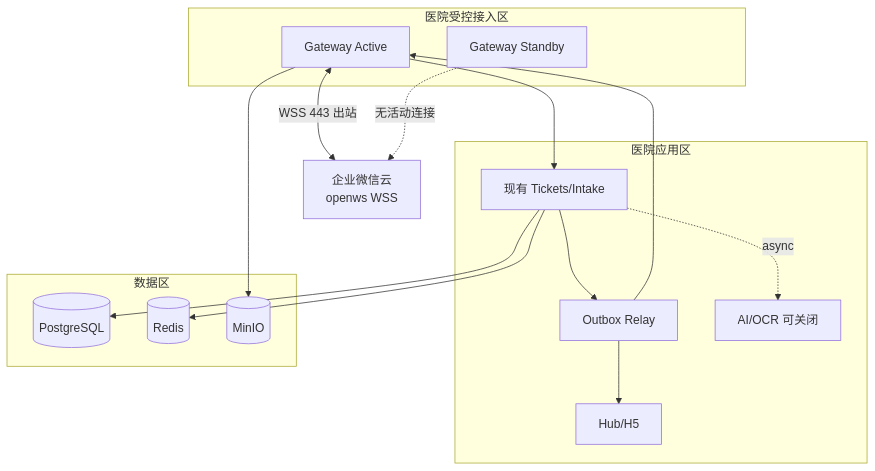
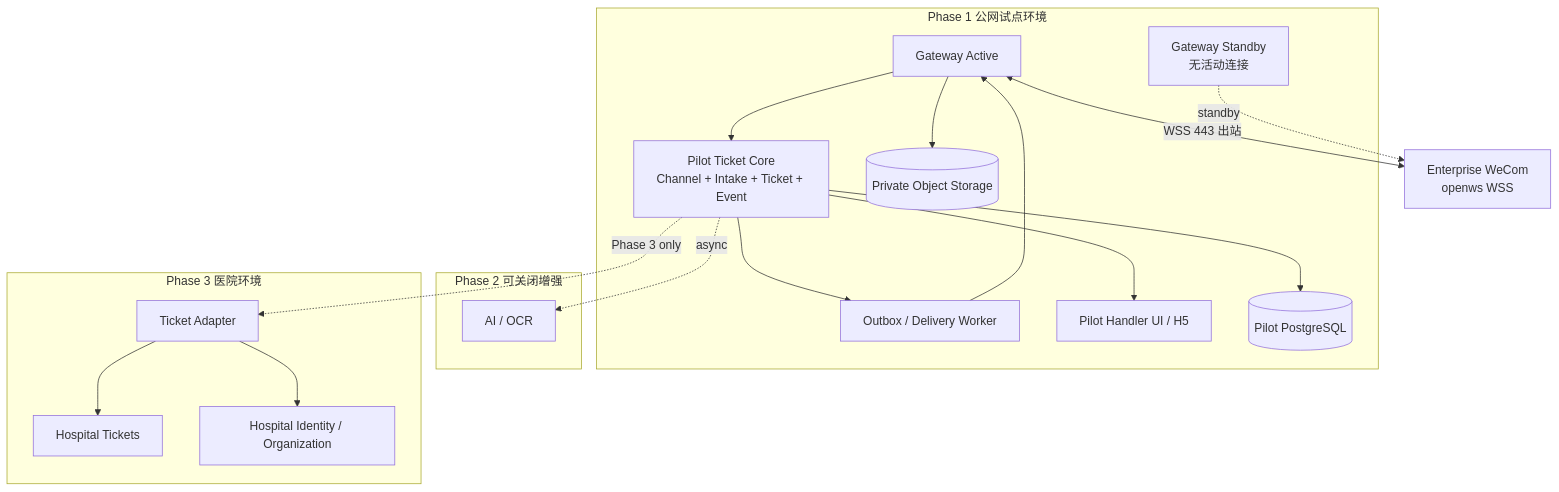
The diagram in architecture/deployment_topology.mmd (peterkis/Fault-Reporting-WeCom-Assistant), drawn with Mermaid before and after one commit. The commit also changed 76 other files, not shown here.

Commit message:
Architecture Baseline refactor

```diff
--- a/architecture/deployment_topology.mmd
+++ b/architecture/deployment_topology.mmd
@@ -1,28 +1,35 @@
 flowchart TB
-    CLOUD[企业微信云<br/>openws WSS]
-    subgraph ACCESS[医院受控接入区]
+    CLOUD[Enterprise WeCom<br/>openws WSS]
+
+    subgraph PILOT[Phase 1 公网试点环境]
         GW1[Gateway Active]
-        GW2[Gateway Standby]
+        GW2[Gateway Standby<br/>无活动连接]
+        CORE[Pilot Ticket Core<br/>Channel + Intake + Ticket + Event]
+        RELAY[Outbox / Delivery Worker]
+        H5[Pilot Handler UI / H5]
+        PG[(Pilot PostgreSQL)]
+        STORE[(Private Object Storage)]
     end
-    subgraph APP[医院应用区]
-        T[现有 Tickets/Intake]
-        R[Outbox Relay]
-        H[Hub/H5]
-        AI[AI/OCR 可关闭]
+
+    subgraph ENHANCEMENT[Phase 2 可关闭增强]
+        AI[AI / OCR]
     end
-    subgraph DATA[数据区]
-        PG[(PostgreSQL)]
-        REDIS[(Redis)]
-        MINIO[(MinIO)]
+
+    subgraph HOSPITAL[Phase 3 医院环境]
+        ADAPTER[Ticket Adapter]
+        TICKETS[Hospital Tickets]
+        HM[Hospital Identity / Organization]
     end
 
     GW1 <-->|WSS 443 出站| CLOUD
-    GW2 -.无活动连接.-> CLOUD
-    GW1 --> T
-    T --> PG
-    T --> REDIS
-    GW1 --> MINIO
-    T --> R
-    R --> GW1
-    R --> H
-    T -.async.-> AI
+    GW2 -.standby.-> CLOUD
+    GW1 --> CORE
+    CORE --> PG
+    CORE --> RELAY
+    RELAY --> GW1
+    CORE --> H5
+    GW1 --> STORE
+    CORE -.async.-> AI
+    CORE -.Phase 3 only.-> ADAPTER
+    ADAPTER --> TICKETS
+    ADAPTER --> HM
```
